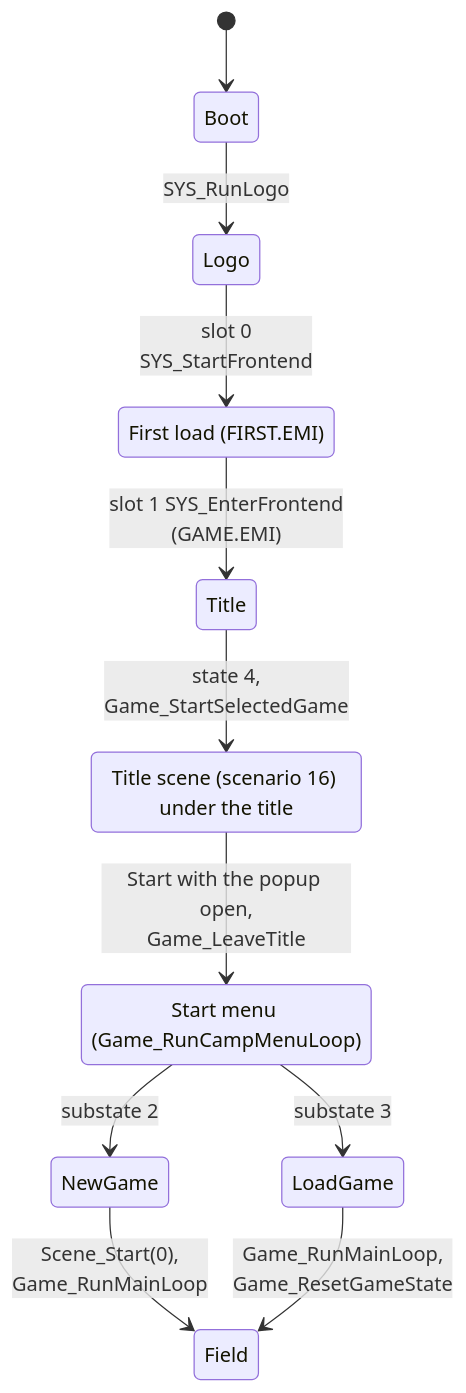
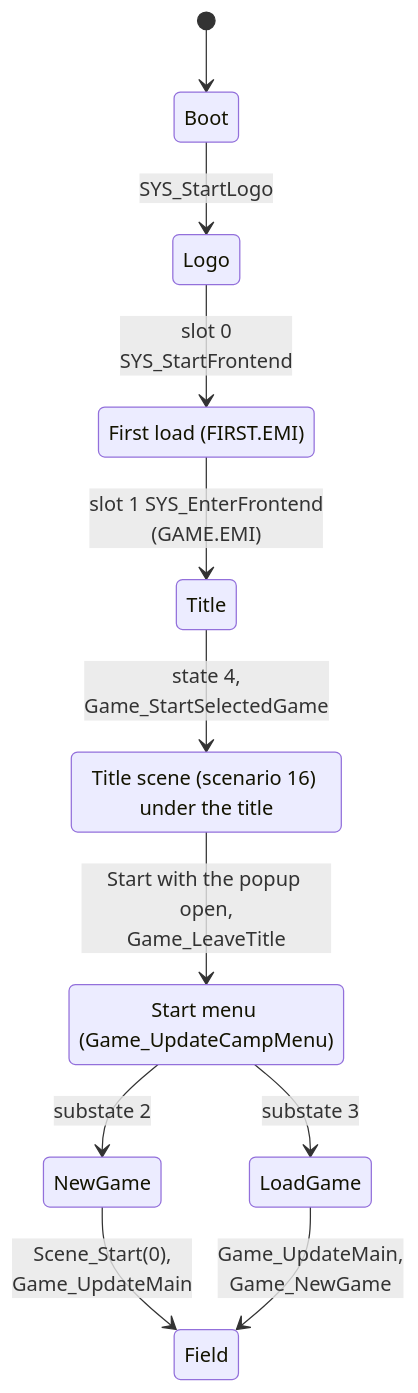
Before and after one commit to raulcorreia7/bof3-wiki: the first of 3 diagrams in src/content/docs/systems/phases.md, drawn with Mermaid. The commit also changed other lines of this file and 29 other files, not shown here.

````diff
--- a/src/content/docs/systems/phases.md
+++ b/src/content/docs/systems/phases.md
@@ -12,17 +12,17 @@
 ```mermaid
 stateDiagram-v2
     direction TB
     [*] --> Boot
-    Boot --> Logo: SYS_RunLogo
+    Boot --> Logo: SYS_StartLogo
     Logo --> FirstLoad: slot 0<br/>SYS_StartFrontend
     FirstLoad: First load (FIRST.EMI)
     FirstLoad --> Title: slot 1 SYS_EnterFrontend<br/>(GAME.EMI)
     Title --> TitleScene: state 4,<br/>Game_StartSelectedGame
     TitleScene: Title scene (scenario 16) under the title
     TitleScene --> StartMenu: Start with the popup open,<br/>Game_LeaveTitle
-    StartMenu: Start menu (Game_RunCampMenuLoop)
+    StartMenu: Start menu (Game_UpdateCampMenu)
     StartMenu --> NewGame: substate 2
     StartMenu --> LoadGame: substate 3
-    NewGame --> Field: Scene_Start(0),<br/>Game_RunMainLoop
-    LoadGame --> Field: Game_RunMainLoop,<br/>Game_ResetGameState
+    NewGame --> Field: Scene_Start(0),<br/>Game_UpdateMain
+    LoadGame --> Field: Game_UpdateMain,<br/>Game_NewGame
 ```
````
